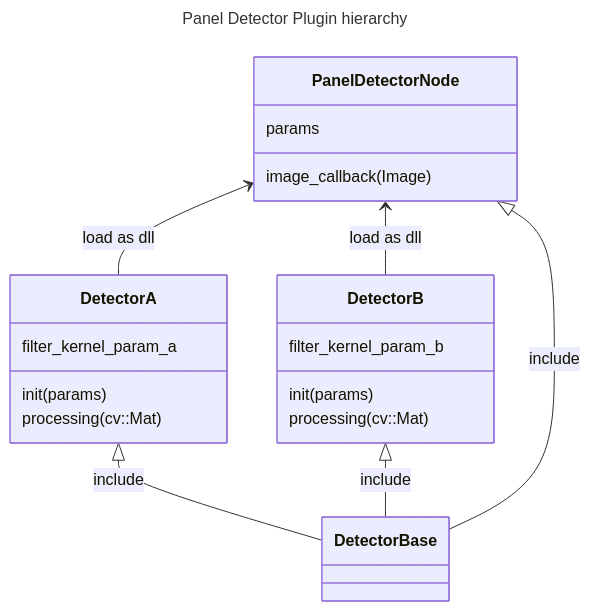
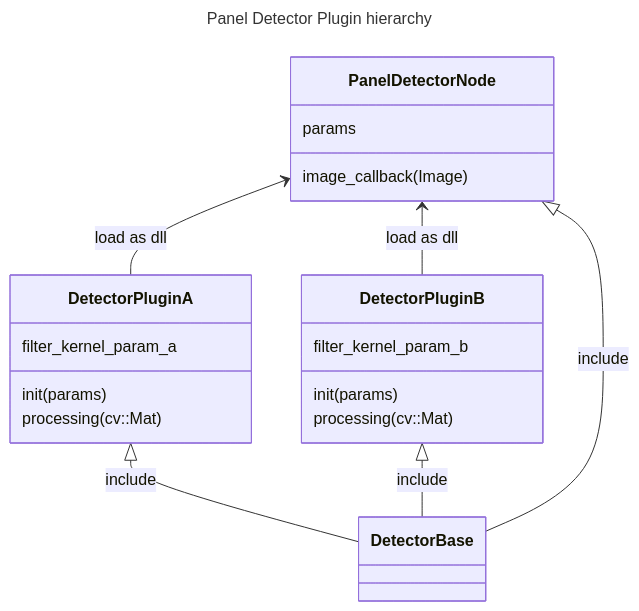
Before and after one commit to StrayedCats/PanelDetector: the diagram in README.md, drawn with Mermaid. The commit also changed other lines of this file, not shown here.

````diff
--- a/README.md
+++ b/README.md
@@ -4,23 +20,23 @@
 ```mermaid
 ---
 title: Panel Detector Plugin hierarchy
 ---
 classDiagram
-    PanelDetectorNode <-- DetectorA : load as dll
-    PanelDetectorNode <-- DetectorB : load as dll
-    DetectorA <|-- DetectorBase : include
-    DetectorB <|-- DetectorBase : include
+    PanelDetectorNode <-- DetectorPluginA : load as dll
+    PanelDetectorNode <-- DetectorPluginB : load as dll
+    DetectorPluginA <|-- DetectorBase : include
+    DetectorPluginB <|-- DetectorBase : include
     PanelDetectorNode <|-- DetectorBase : include
     PanelDetectorNode: params
     PanelDetectorNode: image_callback(Image)
-    class DetectorA{
+    class DetectorPluginA{
         filter_kernel_param_a
         init(params)
         processing(cv::Mat)
     }
-    class DetectorB{
+    class DetectorPluginB{
         filter_kernel_param_b
         init(params)
         processing(cv::Mat)
     }
 ```
````
